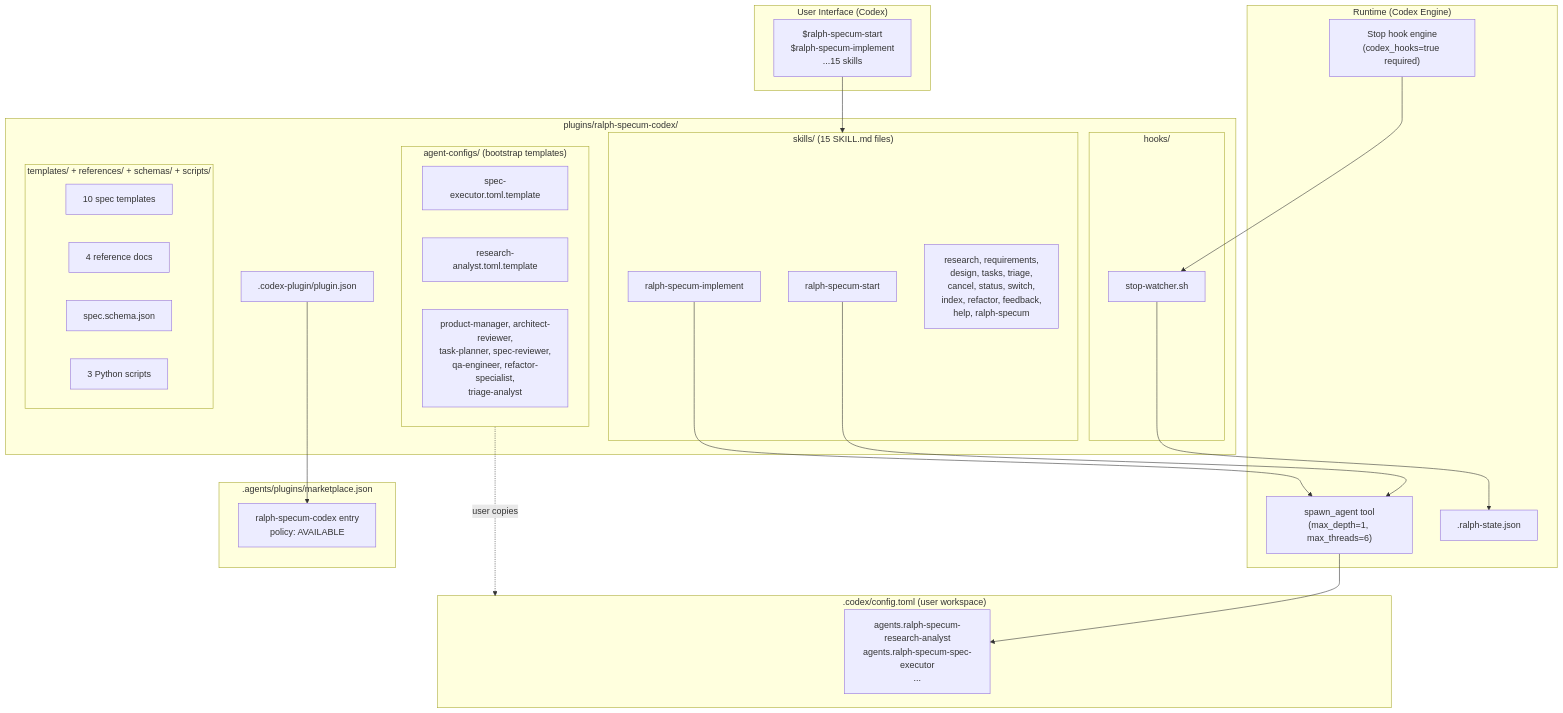
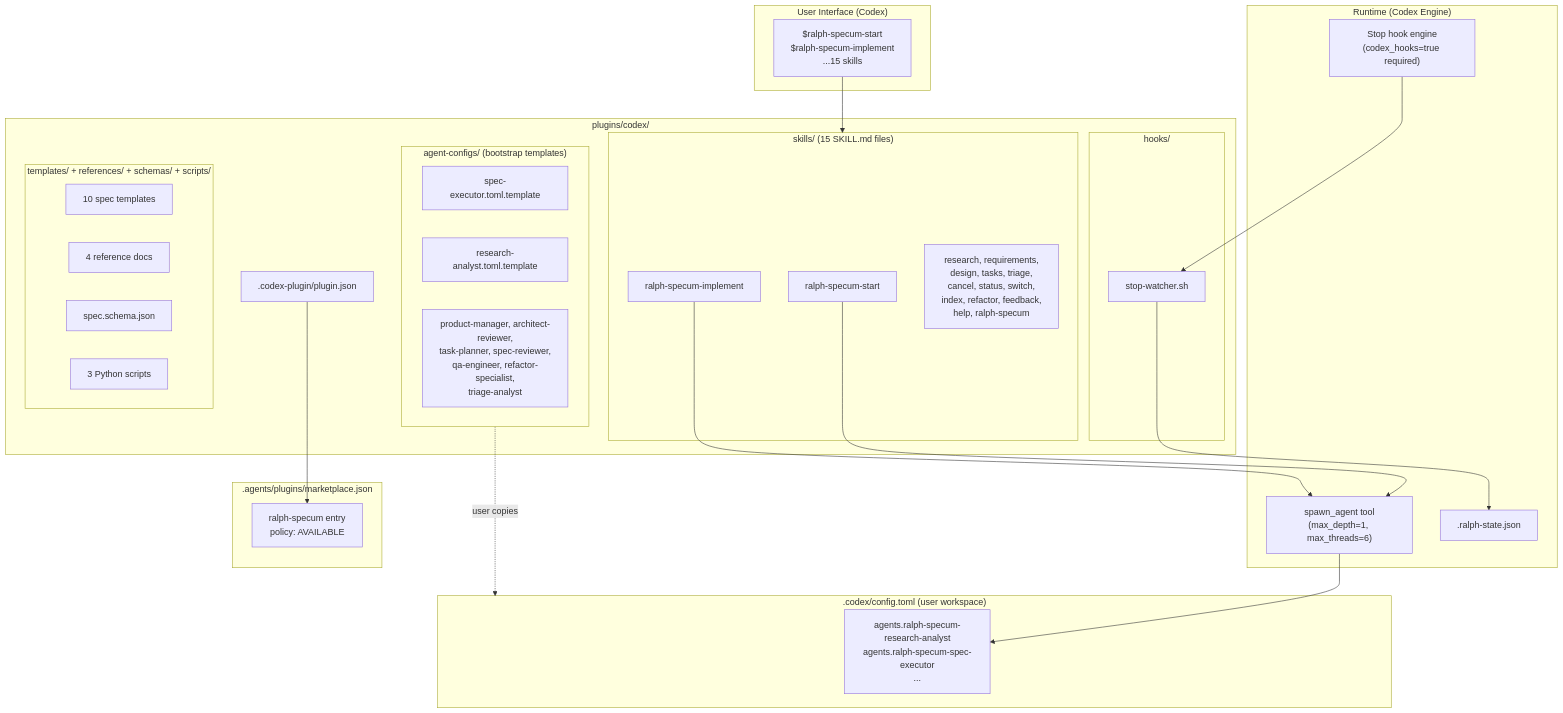
Before and after one commit to informatico-madrid/smart-ralph: the first of 2 diagrams in specs/codex-plugin-sync/design.md, drawn with Mermaid. The commit also changed other lines of this file and 76 other files, not shown here.

Commit message:
refactor(codex): remove -codex suffix from plugin name and directory (#132)

````diff
--- a/specs/codex-plugin-sync/design.md
+++ b/specs/codex-plugin-sync/design.md
@@ -17,56 +17,56 @@
 ```mermaid
 graph TB
     subgraph User["User Interface (Codex)"]
         Invoke["$ralph-specum-start\n$ralph-specum-implement\n...15 skills"]
     end
 
-    subgraph Plugin["plugins/ralph-specum-codex/"]
+    subgraph Plugin["plugins/codex/"]
         subgraph Skills["skills/ (15 SKILL.md files)"]
             Start["ralph-specum-start"]
             Impl["ralph-specum-implement"]
             OtherSkills["research, requirements,\ndesign, tasks, triage,\ncancel, status, switch,\nindex, refactor, feedback,\nhelp, ralph-specum"]
         end
 
         subgraph AgentTemplates["agent-configs/ (bootstrap templates)"]
             Executor["spec-executor.toml.template"]
             Analyst["research-analyst.toml.template"]
             OtherAgents["product-manager, architect-reviewer,\ntask-planner, spec-reviewer,\nqa-engineer, refactor-specialist,\ntriage-analyst"]
         end
 
         subgraph Hooks["hooks/"]
             StopHook["stop-watcher.sh"]
         end
 
         subgraph Data["templates/ + references/ + schemas/ + scripts/"]
             Templates["10 spec templates"]
             Refs["4 reference docs"]
             Schema["spec.schema.json"]
             Scripts["3 Python scripts"]
         end
 
         Manifest[".codex-plugin/plugin.json"]
     end
 
     subgraph Runtime["Runtime (Codex Engine)"]
         SpawnAgent["spawn_agent tool\n(max_depth=1, max_threads=6)"]
         HookEngine["Stop hook engine\n(codex_hooks=true required)"]
         StateFile[".ralph-state.json"]
     end
 
     subgraph Marketplace[".agents/plugins/marketplace.json"]
-        MarketEntry["ralph-specum-codex entry\npolicy: AVAILABLE"]
+        MarketEntry["ralph-specum entry\npolicy: AVAILABLE"]
     end
 
     subgraph UserConfig[".codex/config.toml (user workspace)"]
         AgentDefs["agents.ralph-specum-research-analyst\nagents.ralph-specum-spec-executor\n..."]
     end
 
     Invoke --> Skills
     Start --> SpawnAgent
     Impl --> SpawnAgent
     SpawnAgent --> AgentDefs
     HookEngine --> StopHook
     StopHook --> StateFile
     AgentTemplates -.->|"user copies"| UserConfig
     Manifest --> MarketEntry
 ```
````
